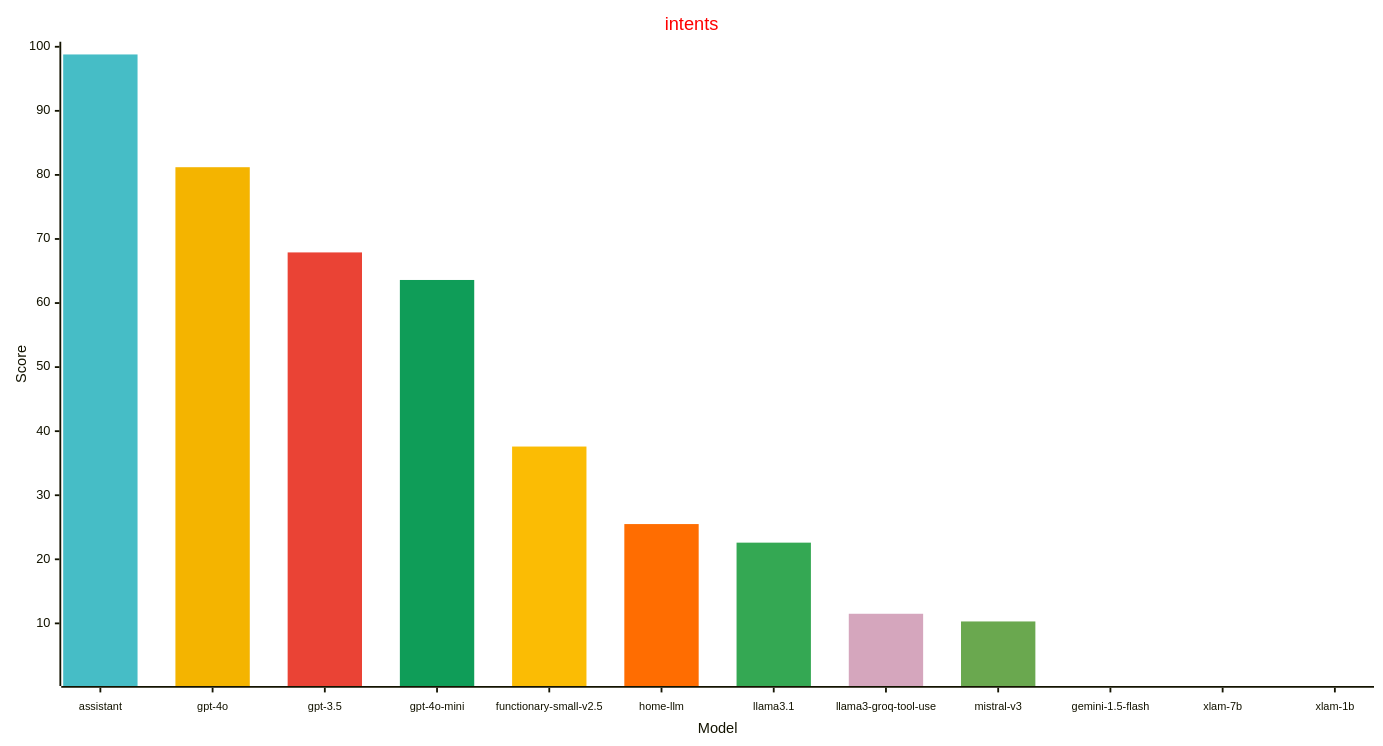
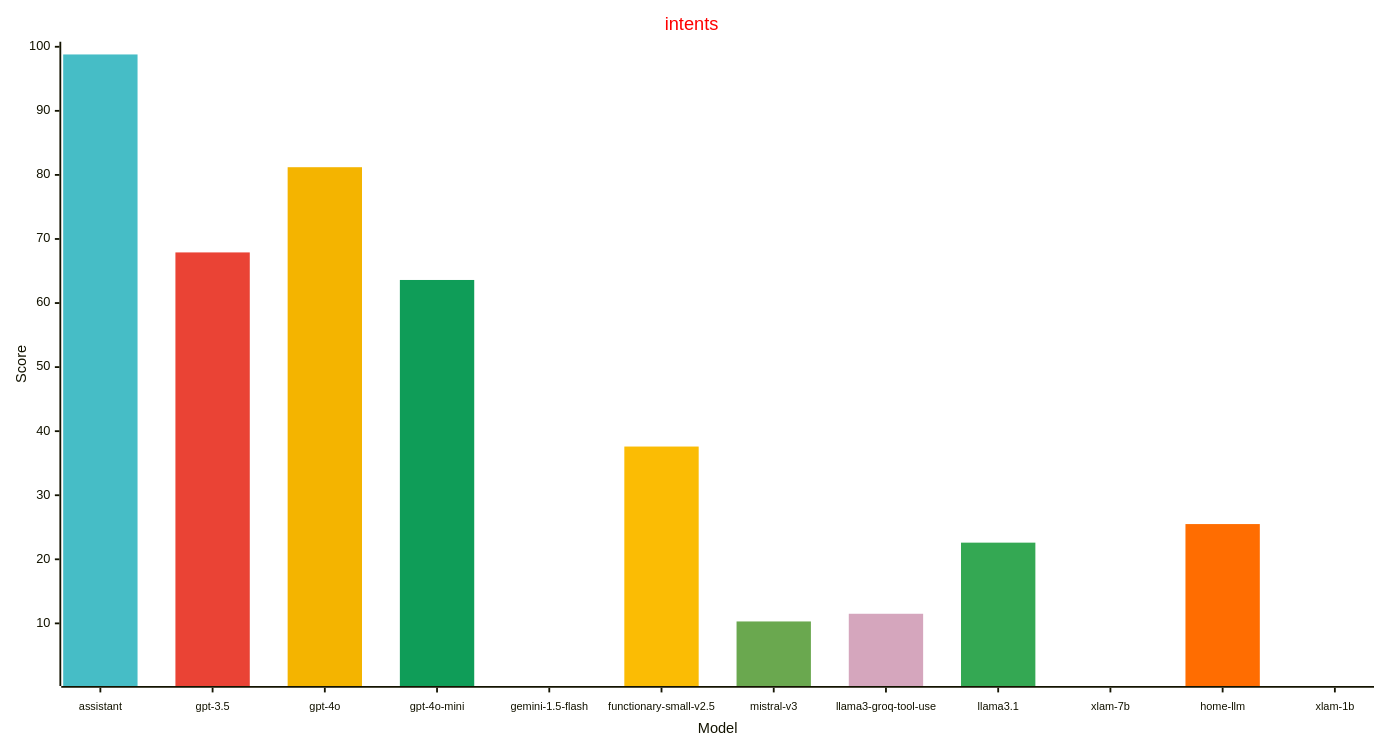
Before and after one commit to allenporter/home-assistant-datasets: the third of 3 diagrams in reports/leaderboard.md, drawn with Mermaid. The commit also changed other lines of this file and 3 other files, not shown here.

````diff
--- a/reports/leaderboard.md
+++ b/reports/leaderboard.md
@@ -79,32 +79,32 @@
 ```mermaid
 ---
 config:
     xyChart:
         width: 1500
         height: 800
         xAxis:
           labelFontSize: 12
           labelPadding: 8
     themeVariables:
         xyChart:
             titleColor: "#ff0000"
-            plotColorPalette: "#46bdc6, #f4b400, #ea4335, #0f9d58, #fbbc04, #ff6d01, #34a853, #d5a6bd, #6aa84f, #4285f4, #1155cc, #674ea7"
+            plotColorPalette: "#46bdc6, #ea4335, #f4b400, #0f9d58, #4285f4, #fbbc04, #6aa84f, #d5a6bd, #34a853, #1155cc, #ff6d01, #674ea7"
 
 ---
 xychart-beta
   title "intents"
-  x-axis "Model" [assistant, gpt-4o, gpt-3.5, gpt-4o-mini, functionary-small-v2.5, home-llm, llama3.1, llama3-groq-tool-use, mistral-v3, gemini-1.5-flash, xlam-7b, xlam-1b]
+  x-axis "Model" [assistant, gpt-3.5, gpt-4o, gpt-4o-mini, gemini-1.5-flash, functionary-small-v2.5, mistral-v3, llama3-groq-tool-use, llama3.1, xlam-7b, home-llm, xlam-1b]
   y-axis "Score" 1 --> 100
   bar [98.8, 0.0, 0.0, 0.0, 0.0, 0.0, 0.0, 0.0, 0.0, 0.0, 0.0, 0.0]
-  bar [0.0, 81.2, 0.0, 0.0, 0.0, 0.0, 0.0, 0.0, 0.0, 0.0, 0.0, 0.0]
-  bar [0.0, 0.0, 67.9, 0.0, 0.0, 0.0, 0.0, 0.0, 0.0, 0.0, 0.0, 0.0]
+  bar [0.0, 67.9, 0.0, 0.0, 0.0, 0.0, 0.0, 0.0, 0.0, 0.0, 0.0, 0.0]
+  bar [0.0, 0.0, 81.2, 0.0, 0.0, 0.0, 0.0, 0.0, 0.0, 0.0, 0.0, 0.0]
   bar [0.0, 0.0, 0.0, 63.6, 0.0, 0.0, 0.0, 0.0, 0.0, 0.0, 0.0, 0.0]
-  bar [0.0, 0.0, 0.0, 0.0, 37.6, 0.0, 0.0, 0.0, 0.0, 0.0, 0.0, 0.0]
-  bar [0.0, 0.0, 0.0, 0.0, 0.0, 25.5, 0.0, 0.0, 0.0, 0.0, 0.0, 0.0]
-  bar [0.0, 0.0, 0.0, 0.0, 0.0, 0.0, 22.6, 0.0, 0.0, 0.0, 0.0, 0.0]
+  bar [0.0, 0.0, 0.0, 0.0, 0.0, 0.0, 0.0, 0.0, 0.0, 0.0, 0.0, 0.0]
+  bar [0.0, 0.0, 0.0, 0.0, 0.0, 37.6, 0.0, 0.0, 0.0, 0.0, 0.0, 0.0]
+  bar [0.0, 0.0, 0.0, 0.0, 0.0, 0.0, 10.3, 0.0, 0.0, 0.0, 0.0, 0.0]
   bar [0.0, 0.0, 0.0, 0.0, 0.0, 0.0, 0.0, 11.5, 0.0, 0.0, 0.0, 0.0]
-  bar [0.0, 0.0, 0.0, 0.0, 0.0, 0.0, 0.0, 0.0, 10.3, 0.0, 0.0, 0.0]
+  bar [0.0, 0.0, 0.0, 0.0, 0.0, 0.0, 0.0, 0.0, 22.6, 0.0, 0.0, 0.0]
   bar [0.0, 0.0, 0.0, 0.0, 0.0, 0.0, 0.0, 0.0, 0.0, 0.0, 0.0, 0.0]
-  bar [0.0, 0.0, 0.0, 0.0, 0.0, 0.0, 0.0, 0.0, 0.0, 0.0, 0.0, 0.0]
+  bar [0.0, 0.0, 0.0, 0.0, 0.0, 0.0, 0.0, 0.0, 0.0, 0.0, 25.5, 0.0]
   bar [0.0, 0.0, 0.0, 0.0, 0.0, 0.0, 0.0, 0.0, 0.0, 0.0, 0.0, 0.0]
 ```
````
